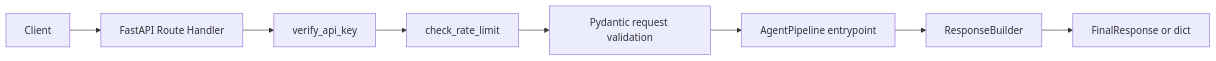
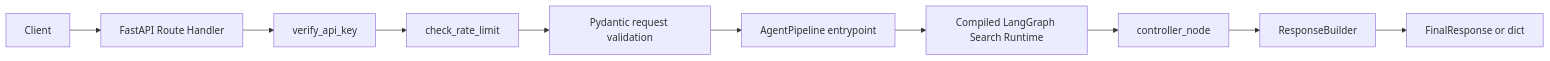
The first of 2 diagrams in app/api/README.md (chandankumar123456/smartcart-ai-backend), drawn with Mermaid before and after one commit. The commit also changed other lines of this file and 14 other files, not shown here.

First line of the commit message:
Implement controller-driven agent graph

````diff
--- a/app/api/README.md
+++ b/app/api/README.md
@@ -17,10 +17,12 @@
 ```mermaid
 flowchart LR
     Client --> Route[FastAPI Route Handler]
     Route --> Auth[verify_api_key]
     Auth --> Rate[check_rate_limit]
     Rate --> Validation[Pydantic request validation]
     Validation --> Pipeline[AgentPipeline entrypoint]
-    Pipeline --> Builder[ResponseBuilder]
+    Pipeline --> Graph[Compiled LangGraph Search Runtime]
+    Graph --> Controller[controller_node]
+    Controller --> Builder[ResponseBuilder]
     Builder --> Response[FinalResponse or dict]
 ```
````
